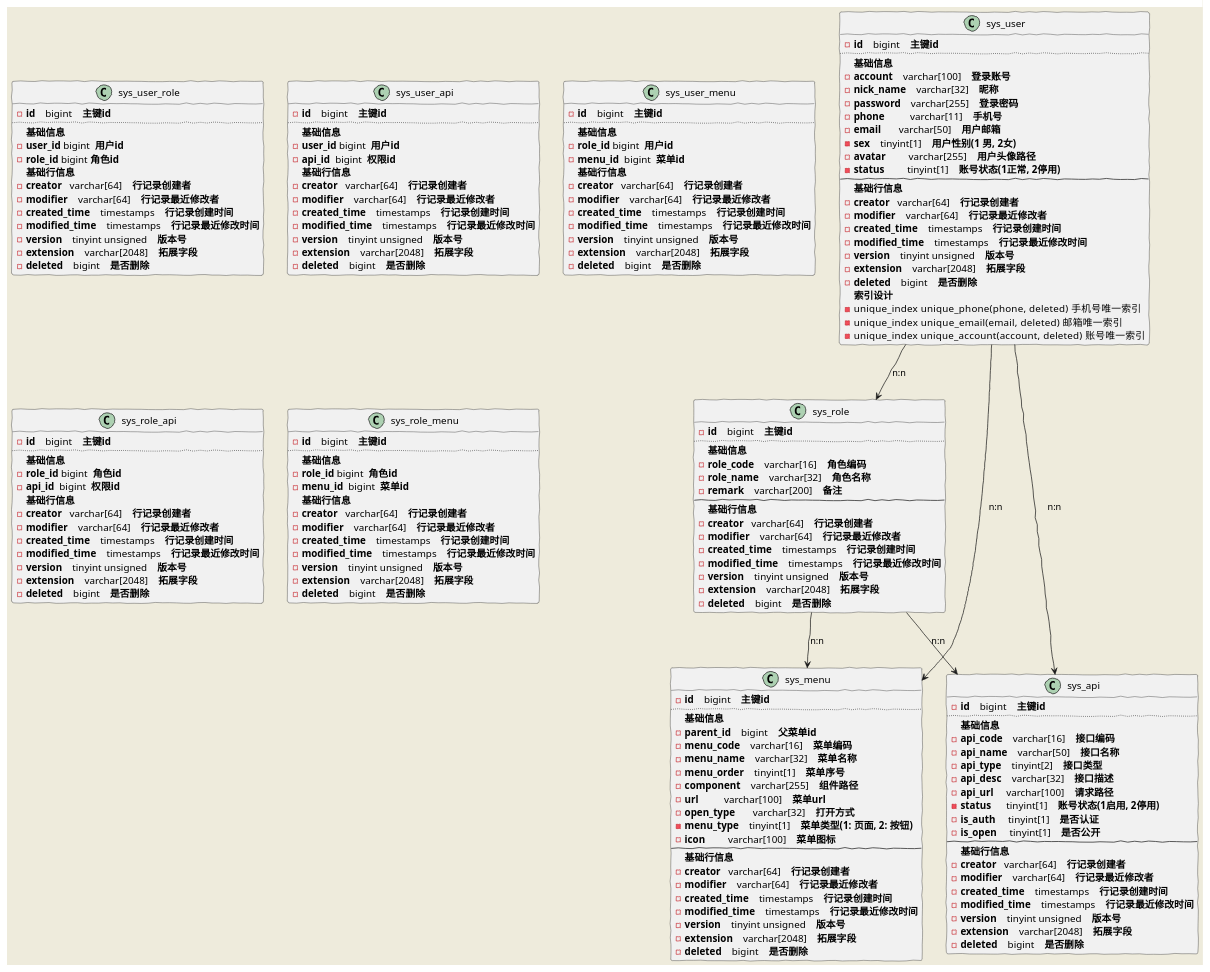
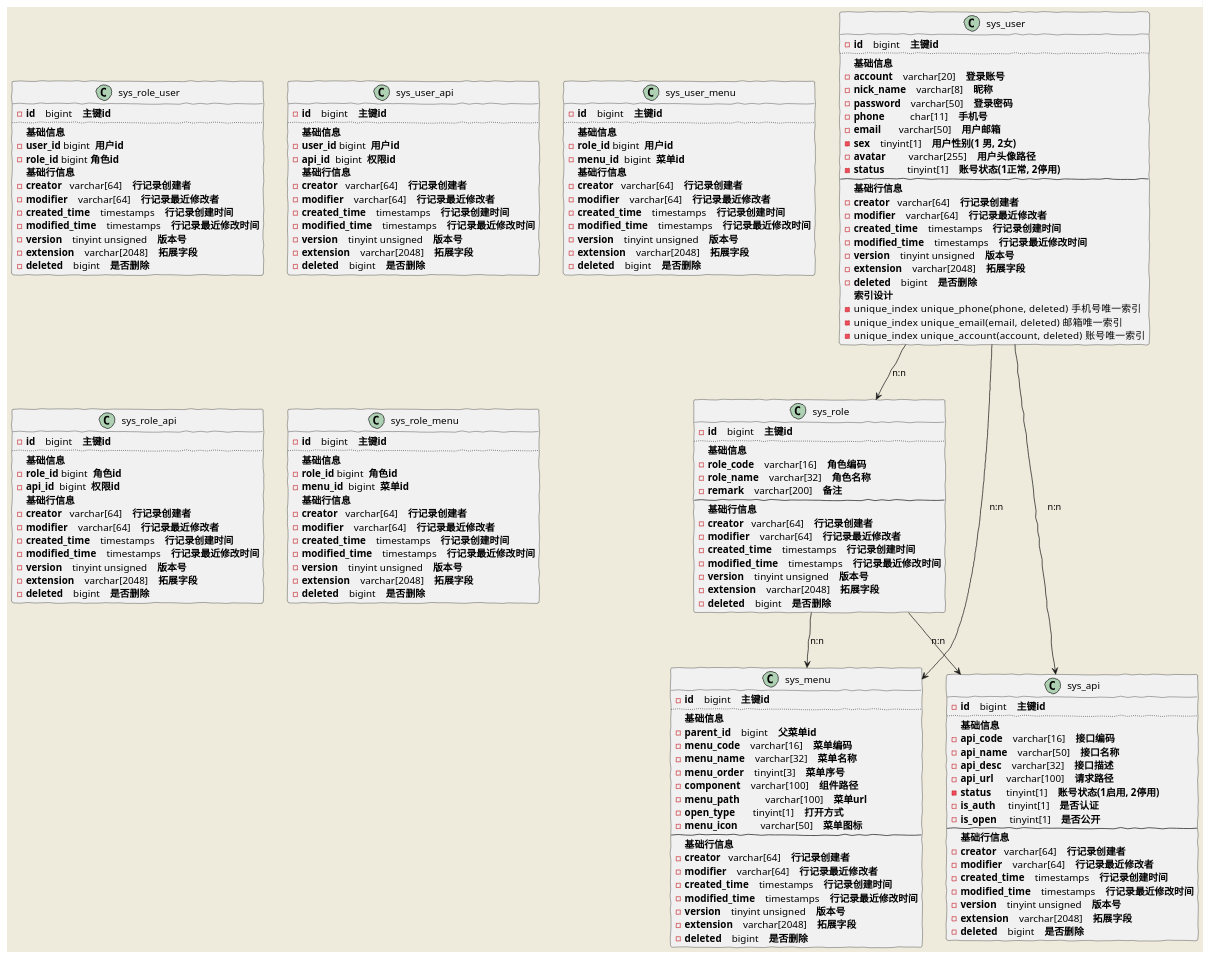
One commit to Forever1996Fyk/permissions-center changed the diagram in doc/权限表结构图.puml. Above: the diagram before and after it, drawn with PlantUML.

Commit message:
更改表名

```diff
--- a/doc/权限表结构图.puml
+++ b/doc/权限表结构图.puml
@@ -1,187 +1,185 @@
 @startuml
 skinparam handwritten true
 skinparam backgroundColor #EEEBDC
 skinparam actorStyle hollow
 
 class sys_role{
     - **id**    bigint    **主键id**
     ..
      **基础信息**
         - **role_code**    varchar[16]    **角色编码**
         - **role_name**    varchar[32]    **角色名称**
         - **remark**    varchar[200]    **备注**
     --
     **基础行信息**
         - **creator**   varchar[64]    **行记录创建者**
         - **modifier**    varchar[64]    **行记录最近修改者**
         - **created_time**    timestamps    **行记录创建时间**
         - **modified_time**    timestamps    **行记录最近修改时间**
         - **version**    tinyint unsigned    **版本号**
         - **extension**    varchar[2048]    **拓展字段**
         - **deleted**    bigint    **是否删除**
 }
 
 class sys_menu {
     - **id**    bigint    **主键id**
     ..
      **基础信息**
         - **parent_id**    bigint    **父菜单id**
         - **menu_code**    varchar[16]    **菜单编码**
         - **menu_name**    varchar[32]    **菜单名称**
-        - **menu_order**    tinyint[1]    **菜单序号**
-        - **component**    varchar[255]    **组件路径**
-        - **url**          varchar[100]    **菜单url**
-        - **open_type**       varchar[32]    **打开方式**
-        - **menu_type**    tinyint[1]    **菜单类型(1: 页面, 2: 按钮)**
-        - **icon**         varchar[100]    **菜单图标**
+        - **menu_order**    tinyint[3]    **菜单序号**
+        - **component**    varchar[100]    **组件路径**
+        - **menu_path**          varchar[100]    **菜单url**
+        - **open_type**       tinyint[1]    **打开方式**
+        - **menu_icon**         varchar[50]    **菜单图标**
     --
     **基础行信息**
         - **creator**   varchar[64]    **行记录创建者**
         - **modifier**    varchar[64]    **行记录最近修改者**
         - **created_time**    timestamps    **行记录创建时间**
         - **modified_time**    timestamps    **行记录最近修改时间**
         - **version**    tinyint unsigned    **版本号**
         - **extension**    varchar[2048]    **拓展字段**
         - **deleted**    bigint    **是否删除**
 }
 
 class sys_user {
     - **id**    bigint    **主键id**
     ..
      **基础信息**
-        - **account**    varchar[100]    **登录账号**
-        - **nick_name**    varchar[32]    **昵称**
-        - **password**    varchar[255]    **登录密码**
-        - **phone**          varchar[11]    **手机号**
+        - **account**    varchar[20]    **登录账号**
+        - **nick_name**    varchar[8]    **昵称**
+        - **password**    varchar[50]    **登录密码**
+        - **phone**          char[11]    **手机号**
         - **email**       varchar[50]    **用户邮箱**
         - **sex**    tinyint[1]    **用户性别(1 男, 2女)**
         - **avatar**         varchar[255]    **用户头像路径**
         - **status**         tinyint[1]    **账号状态(1正常, 2停用)**
     --
     **基础行信息**
         - **creator**   varchar[64]    **行记录创建者**
         - **modifier**    varchar[64]    **行记录最近修改者**
         - **created_time**    timestamps    **行记录创建时间**
         - **modified_time**    timestamps    **行记录最近修改时间**
         - **version**    tinyint unsigned    **版本号**
         - **extension**    varchar[2048]    **拓展字段**
         - **deleted**    bigint    **是否删除**
     **索引设计**
         - unique_index  unique_phone(phone, deleted)    手机号唯一索引
         - unique_index  unique_email(email, deleted)    邮箱唯一索引
         - unique_index  unique_account(account, deleted)    账号唯一索引
 }
 
 class sys_api {
     - **id**    bigint    **主键id**
     ..
      **基础信息**
         - **api_code**    varchar[16]    **接口编码**
         - **api_name**    varchar[50]    **接口名称**
-        - **api_type**    tinyint[2]    **接口类型**
         - **api_desc**    varchar[32]    **接口描述**
         - **api_url**     varchar[100]    **请求路径**
         - **status**      tinyint[1]    **账号状态(1启用, 2停用)**
         - **is_auth**     tinyint[1]    **是否认证**
         - **is_open**     tinyint[1]    **是否公开**
     --
     **基础行信息**
         - **creator**   varchar[64]    **行记录创建者**
         - **modifier**    varchar[64]    **行记录最近修改者**
         - **created_time**    timestamps    **行记录创建时间**
         - **modified_time**    timestamps    **行记录最近修改时间**
         - **version**    tinyint unsigned    **版本号**
         - **extension**    varchar[2048]    **拓展字段**
         - **deleted**    bigint    **是否删除**
 }
 
-class sys_user_role {
+class sys_role_user {
     - **id**    bigint    **主键id**
     ..
     **基础信息**
         - **user_id** bigint  **用户id**
         - **role_id** bigint **角色id**
     **基础行信息**
         - **creator**   varchar[64]    **行记录创建者**
         - **modifier**    varchar[64]    **行记录最近修改者**
         - **created_time**    timestamps    **行记录创建时间**
         - **modified_time**    timestamps    **行记录最近修改时间**
         - **version**    tinyint unsigned    **版本号**
         - **extension**    varchar[2048]    **拓展字段**
         - **deleted**    bigint    **是否删除**
 }
 
 class sys_user_api {
     - **id**    bigint    **主键id**
     ..
     **基础信息**
         - **user_id** bigint  **用户id**
         - **api_id**  bigint  **权限id**
     **基础行信息**
         - **creator**   varchar[64]    **行记录创建者**
         - **modifier**    varchar[64]    **行记录最近修改者**
         - **created_time**    timestamps    **行记录创建时间**
         - **modified_time**    timestamps    **行记录最近修改时间**
         - **version**    tinyint unsigned    **版本号**
         - **extension**    varchar[2048]    **拓展字段**
         - **deleted**    bigint    **是否删除**
 }
 
 class sys_user_menu {
     - **id**    bigint    **主键id**
     ..
     **基础信息**
         - **role_id** bigint  **用户id**
         - **menu_id**  bigint  **菜单id**
     **基础行信息**
         - **creator**   varchar[64]    **行记录创建者**
         - **modifier**    varchar[64]    **行记录最近修改者**
         - **created_time**    timestamps    **行记录创建时间**
         - **modified_time**    timestamps    **行记录最近修改时间**
         - **version**    tinyint unsigned    **版本号**
         - **extension**    varchar[2048]    **拓展字段**
         - **deleted**    bigint    **是否删除**
 }
 
 class sys_role_api {
     - **id**    bigint    **主键id**
     ..
     **基础信息**
         - **role_id** bigint  **角色id**
         - **api_id**  bigint  **权限id**
     **基础行信息**
         - **creator**   varchar[64]    **行记录创建者**
         - **modifier**    varchar[64]    **行记录最近修改者**
         - **created_time**    timestamps    **行记录创建时间**
         - **modified_time**    timestamps    **行记录最近修改时间**
         - **version**    tinyint unsigned    **版本号**
         - **extension**    varchar[2048]    **拓展字段**
         - **deleted**    bigint    **是否删除**
 }
 
 class sys_role_menu {
     - **id**    bigint    **主键id**
     ..
     **基础信息**
         - **role_id** bigint  **角色id**
         - **menu_id**  bigint  **菜单id**
     **基础行信息**
         - **creator**   varchar[64]    **行记录创建者**
         - **modifier**    varchar[64]    **行记录最近修改者**
         - **created_time**    timestamps    **行记录创建时间**
         - **modified_time**    timestamps    **行记录最近修改时间**
         - **version**    tinyint unsigned    **版本号**
         - **extension**    varchar[2048]    **拓展字段**
         - **deleted**    bigint    **是否删除**
 }
 
 sys_user --> sys_api : n:n
 
 sys_user --> sys_menu : n:n
 
 sys_user --> sys_role : n:n
 
 sys_role --> sys_menu : n:n
 
 sys_role --> sys_api : n:n
 @enduml
```
